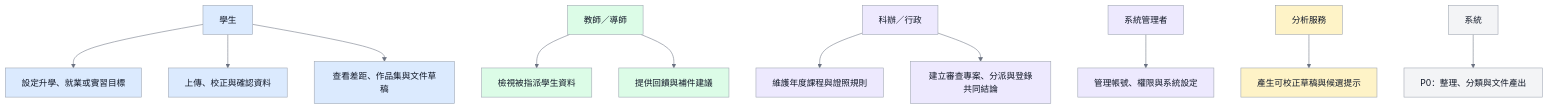
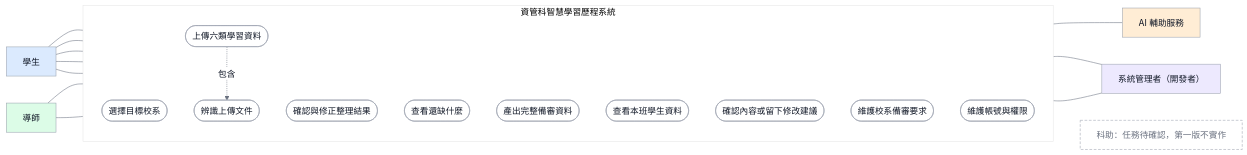
One commit to vujhdcusa/1028 changed the diagram in docs/images/D-01-use-case-v2.mmd. Above: the diagram before and after it, drawn with Mermaid. The commit also changed 116 other files, not shown here.

```diff
--- a/docs/images/D-01-use-case-v2.mmd
+++ b/docs/images/D-01-use-case-v2.mmd
@@ -1,18 +1,42 @@
-%%{init: {'theme':'base','themeVariables': {'fontFamily':'Microsoft JhengHei, Noto Sans TC, Arial, sans-serif','primaryColor':'#F3F4F6','primaryTextColor':'#111827','primaryBorderColor':'#9CA3AF','lineColor':'#6B7280','edgeLabelBackground':'#FFFFFF'}}}%%
-flowchart TD
+%%{init: {'theme':'base','themeVariables': {'fontFamily':'Microsoft JhengHei, Noto Sans TC, Arial, sans-serif','primaryColor':'#F3F4F6','primaryTextColor':'#111827','primaryBorderColor':'#9CA3AF','lineColor':'#6B7280','edgeLabelBackground':'#FFFFFF'},'flowchart':{'wrappingWidth':400}}}%%
+flowchart LR
     classDef student fill:#DBEAFE,stroke:#9CA3AF,color:#111827,stroke-width:1px;
     classDef teacher fill:#DCFCE7,stroke:#9CA3AF,color:#111827,stroke-width:1px;
-    classDef staff fill:#EDE9FE,stroke:#9CA3AF,color:#111827,stroke-width:1px;
-    classDef system fill:#F3F4F6,stroke:#9CA3AF,color:#111827,stroke-width:1px;
-    classDef ai fill:#FEF3C7,stroke:#9CA3AF,color:#111827,stroke-width:1px;
+    classDef admin fill:#EDE9FE,stroke:#9CA3AF,color:#111827,stroke-width:1px;
+    classDef ai fill:#FFEDD5,stroke:#9CA3AF,color:#111827,stroke-width:1px;
+    classDef usecase fill:#FFFFFF,stroke:#9CA3AF,color:#111827,stroke-width:1px;
+    classDef pending fill:#FFFFFF,stroke:#9CA3AF,color:#6B7280,stroke-width:1px,stroke-dasharray:5 3;
 
-    Student[學生]:::student --> S1[設定升學、就業或實習目標]:::student
-    Student --> S2[上傳、校正與確認資料]:::student
-    Student --> S3[查看差距、作品集與文件草稿]:::student
-    Teacher[教師／導師]:::teacher --> T1[檢視被指派學生資料]:::teacher
-    Teacher --> T2[提供回饋與補件建議]:::teacher
-    Staff[科辦／行政]:::staff --> F1[維護年度課程與證照規則]:::staff
-    Staff --> F2[建立審查專案、分派與登錄共同結論]:::staff
-    Admin[系統管理者]:::staff --> A1[管理帳號、權限與系統設定]:::staff
-    Agent[分析服務]:::ai --> G1[產生可校正草稿與候選提示]:::ai
-    System[系統]:::system --> P0[P0：整理、分類與文件產出]:::system
+    Student[學生]:::student
+    Teacher[導師]:::teacher
+
+    subgraph SYS[資管科智慧學習歷程系統]
+        direction TB
+        UC1([選擇目標校系]):::usecase
+        UC2([上傳六類學習資料]):::usecase
+        UC3([確認與修正整理結果]):::usecase
+        UC4([查看還缺什麼]):::usecase
+        UC5([產出完整備審資料]):::usecase
+        UC6([查看本班學生資料]):::usecase
+        UC7([確認內容或留下修改建議]):::usecase
+        UC8([辨識上傳文件]):::usecase
+        UC9([維護校系備審要求]):::usecase
+        UC10([維護帳號與權限]):::usecase
+    end
+
+    Admin[系統管理者（開發者）]:::admin
+    AI[AI 輔助服務]:::ai
+    Staff[科助：任務待確認，第一版不實作]:::pending
+
+    Student --- UC1
+    Student --- UC2
+    Student --- UC3
+    Student --- UC4
+    Student --- UC5
+    Teacher --- UC6
+    Teacher --- UC7
+    UC2 -. 包含 .-> UC8
+    UC8 --- AI
+    UC9 --- Admin
+    UC10 --- Admin
+    SYS ~~~ Staff
```
